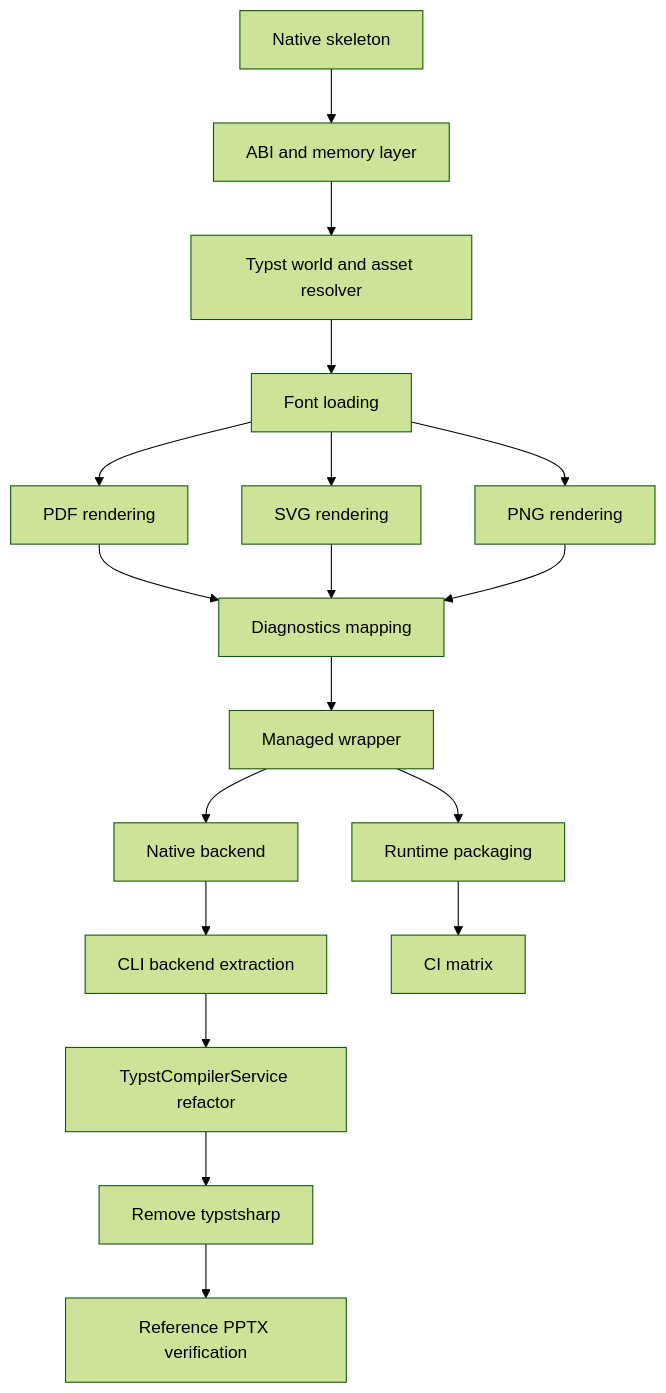
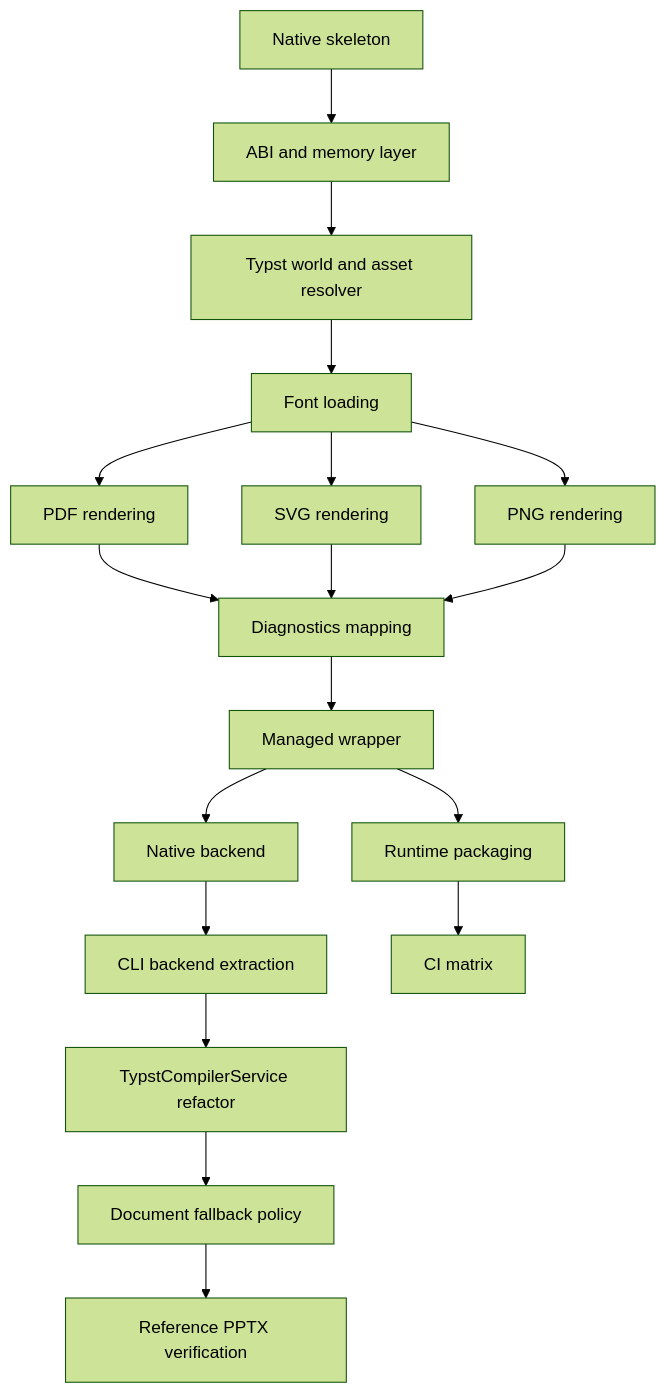
The second of 2 diagrams in TypstBridge/docs/implementation-plan.md (MaximeLeBesnerais/OfficeEditor), drawn with Mermaid (forest theme) before and after one commit. The commit also changed other lines of this file and 6 other files, not shown here.

````diff
--- a/TypstBridge/docs/implementation-plan.md
+++ b/TypstBridge/docs/implementation-plan.md
@@ -425,20 +425,20 @@
 ```mermaid
 graph TD
     A[Native skeleton] --> B[ABI and memory layer]
     B --> C[Typst world and asset resolver]
     C --> D[Font loading]
     D --> E[PDF rendering]
     D --> F[SVG rendering]
     D --> G[PNG rendering]
     E --> H[Diagnostics mapping]
     F --> H
     G --> H
     H --> I[Managed wrapper]
     I --> J[Native backend]
     J --> K[CLI backend extraction]
     K --> L[TypstCompilerService refactor]
-    L --> M[Remove typstsharp]
+    L --> M[Document fallback policy]
     I --> N[Runtime packaging]
     N --> O[CI matrix]
     M --> P[Reference PPTX verification]
 ```
````
